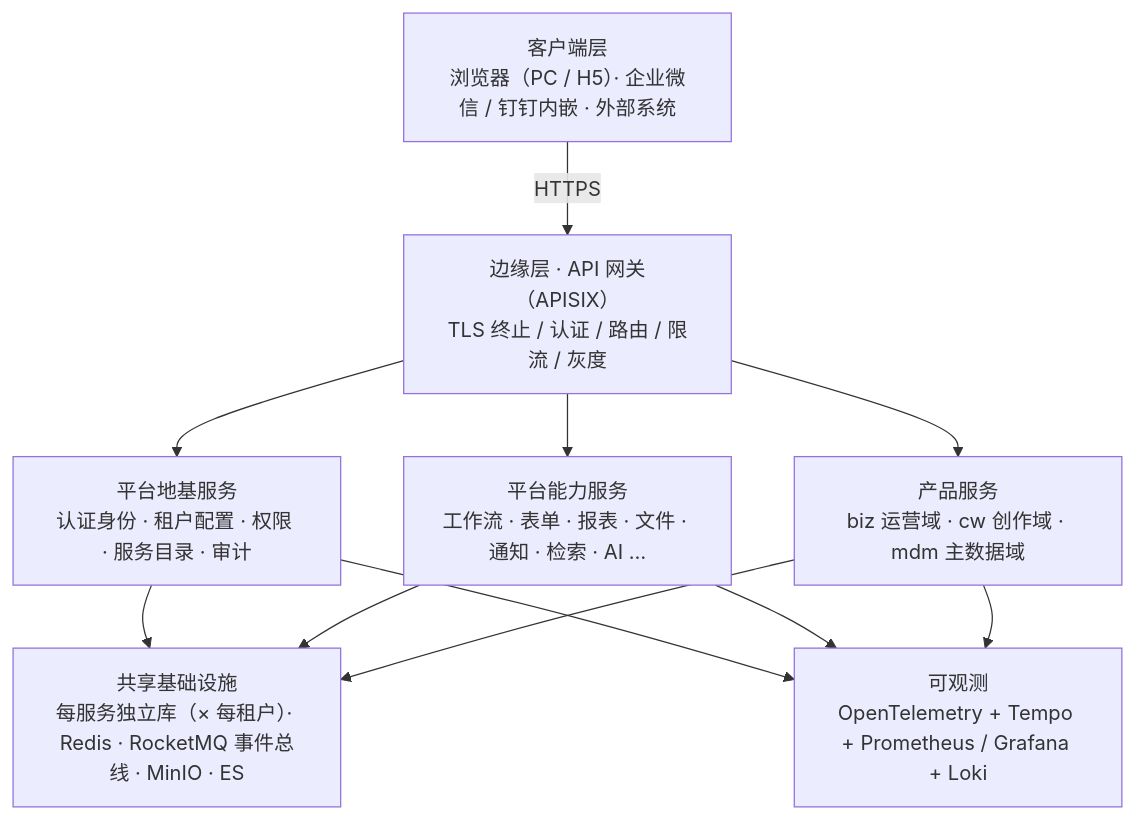
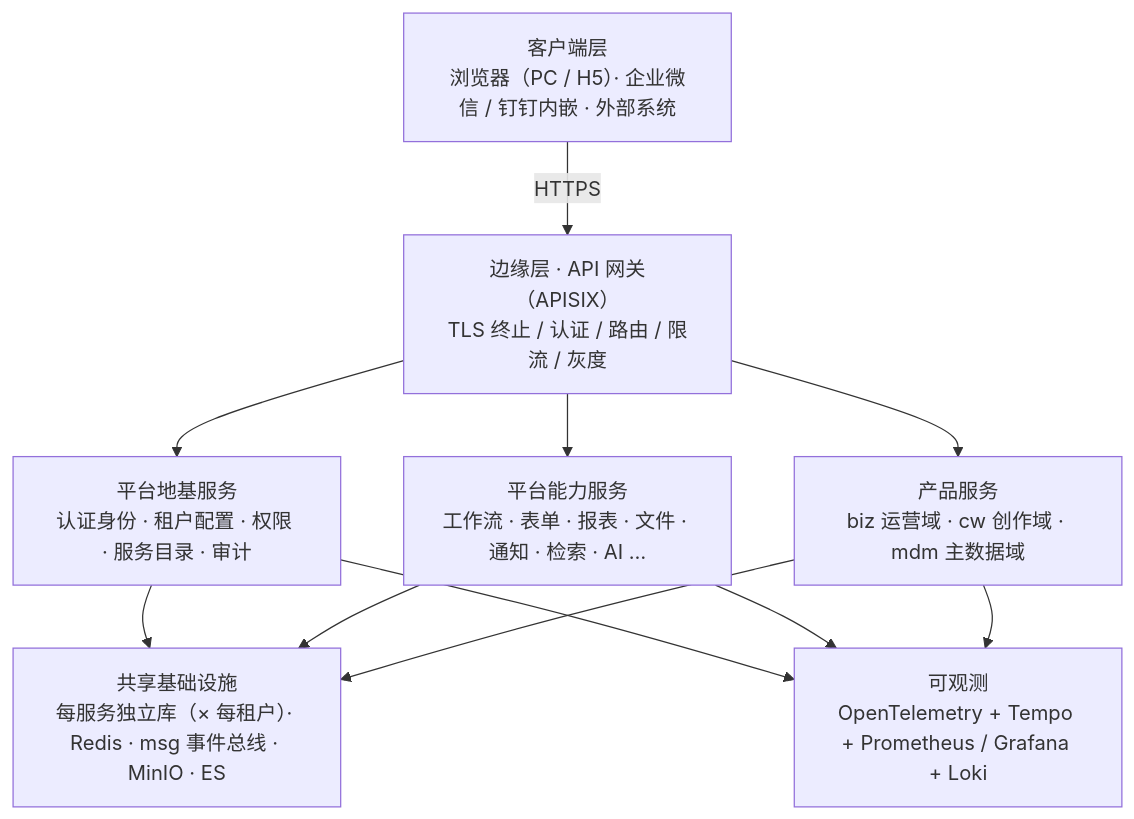
One commit to minjian123/basic-management-system changed the first of 3 diagrams in bms文档/设计/架构设计/03_架构设计_总体架构.md. Above: the diagram before and after it, drawn with Mermaid. The commit also changed other lines of this file and 118 other files, not shown here.

````diff
--- a/bms文档/设计/架构设计/03_架构设计_总体架构.md
+++ b/bms文档/设计/架构设计/03_架构设计_总体架构.md
@@ -17,14 +17,14 @@
 ```mermaid
 graph TD
     A["客户端层<br/>浏览器（PC / H5）· 企业微信 / 钉钉内嵌 · 外部系统"]
     A -->|HTTPS| G["边缘层 · API 网关（APISIX）<br/>TLS 终止 / 认证 / 路由 / 限流 / 灰度"]
     G --> S0["平台地基服务<br/>认证身份 · 租户配置 · 权限 · 服务目录 · 审计"]
     G --> S1["平台能力服务<br/>工作流 · 表单 · 报表 · 文件 · 通知 · 检索 · AI …"]
     G --> S2["产品服务<br/>biz 运营域 · cw 创作域 · mdm 主数据域"]
-    S0 --> INF["共享基础设施<br/>每服务独立库（× 每租户）· Redis · RocketMQ 事件总线 · MinIO · ES"]
+    S0 --> INF["共享基础设施<br/>每服务独立库（× 每租户）· Redis · msg 事件总线 · MinIO · ES"]
     S1 --> INF
     S2 --> INF
     S0 --> OBS["可观测<br/>OpenTelemetry + Tempo + Prometheus / Grafana + Loki"]
     S1 --> OBS
     S2 --> OBS
 ```
````
